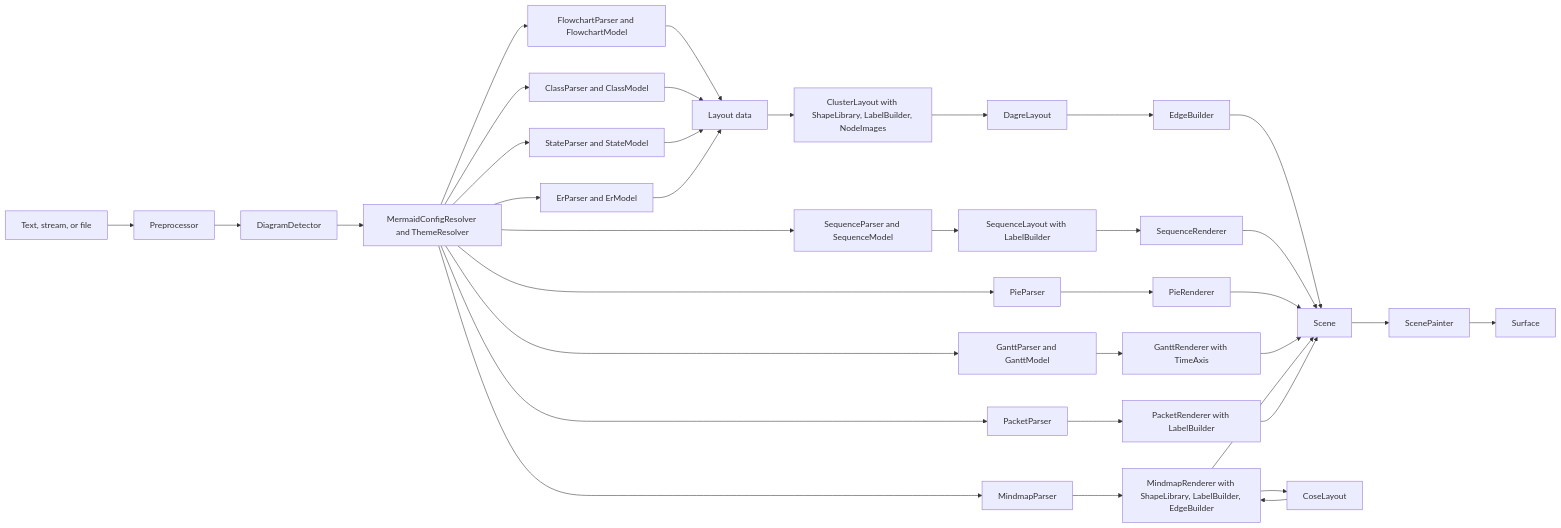
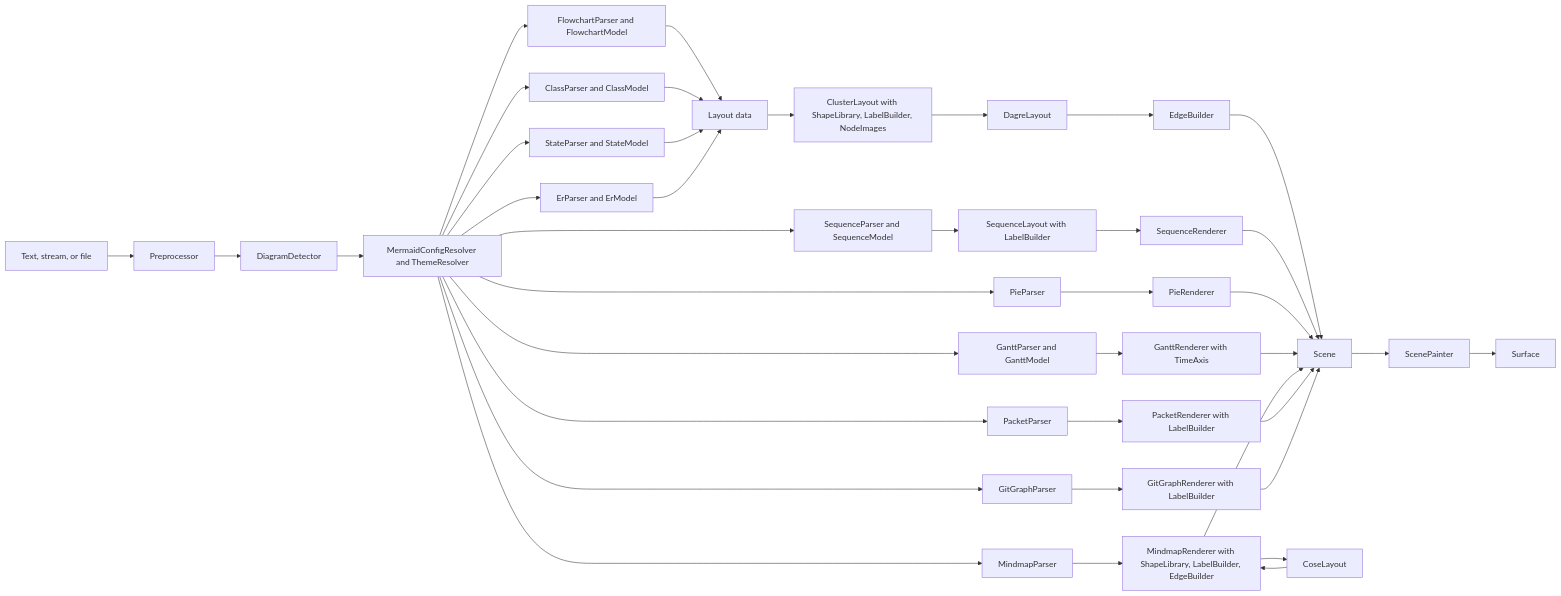
The diagram in docs/design/canvas-net-mermaid.md (demaconsulting/CanvasNet), drawn with Mermaid before and after one commit. The commit also changed other lines of this file and 171 other files, not shown here.

First line of the commit message:
Mermaid Phase 4b: native git graphs (gitGraph), Viewer, CLI and Pandoc support (#134)

````diff
--- a/docs/design/canvas-net-mermaid.md
+++ b/docs/design/canvas-net-mermaid.md
@@ -256,38 +270,41 @@
 ```mermaid
 flowchart LR
     T[Text, stream, or file] --> P[Preprocessor]
     P --> D[DiagramDetector]
     D --> C[MermaidConfigResolver and ThemeResolver]
     C --> F[FlowchartParser and FlowchartModel]
     F --> L[Layout data]
     L --> R[ClusterLayout with ShapeLibrary, LabelBuilder, NodeImages]
     R --> G[DagreLayout]
     G --> E[EdgeBuilder]
     E --> S[Scene]
     C --> Q[SequenceParser and SequenceModel]
     Q --> Y[SequenceLayout with LabelBuilder]
     Y --> W[SequenceRenderer]
     W --> S
     C --> K[ClassParser and ClassModel]
     K --> L
     C --> N[StateParser and StateModel]
     N --> L
     C --> M[ErParser and ErModel]
     M --> L
     C --> PP[PieParser]
     PP --> PR[PieRenderer]
     PR --> S
     C --> GP[GanttParser and GanttModel]
     GP --> GR[GanttRenderer with TimeAxis]
     GR --> S
     C --> MP[MindmapParser]
     MP --> MR[MindmapRenderer with ShapeLibrary, LabelBuilder, EdgeBuilder]
     MR --> CL[CoseLayout]
     CL --> MR
     MR --> S
     C --> KP[PacketParser]
     KP --> KR[PacketRenderer with LabelBuilder]
     KR --> S
+    C --> KG[GitGraphParser]
+    KG --> KGR[GitGraphRenderer with LabelBuilder]
+    KGR --> S
     S --> X[ScenePainter]
     X --> O[Surface]
 ```
````
